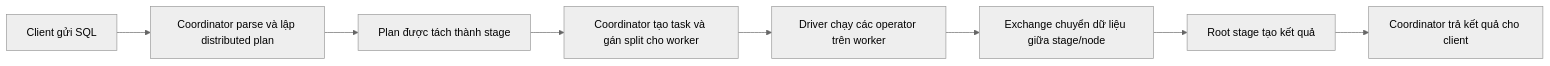
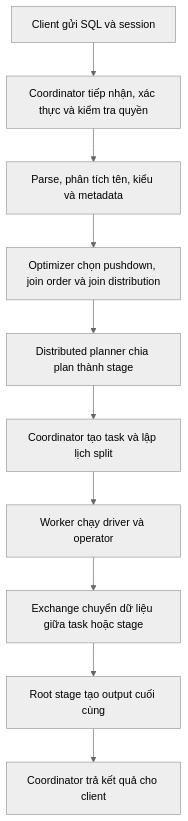
The first of 3 diagrams in QUERY_EXECUTION.md (doan-hai-ptit/trino-lakehouse-lab), drawn with Mermaid (neutral theme) before and after one commit. The commit also changed other lines of this file and 1 other file, not shown here.

````diff
--- a/QUERY_EXECUTION.md
+++ b/QUERY_EXECUTION.md
@@ -9,10 +24,12 @@
 ```mermaid
-flowchart LR
-    A["Client gửi SQL"] --> B["Coordinator parse và lập distributed plan"]
-    B --> C["Plan được tách thành stage"]
-    C --> D["Coordinator tạo task và gán split cho worker"]
-    D --> E["Driver chạy các operator trên worker"]
-    E --> F["Exchange chuyển dữ liệu giữa stage/node"]
-    F --> G["Root stage tạo kết quả"]
-    G --> H["Coordinator trả kết quả cho client"]
+flowchart TD
+    A["Client gửi SQL và session"] --> B["Coordinator tiếp nhận, xác thực và kiểm tra quyền"]
+    B --> C["Parse, phân tích tên, kiểu và metadata"]
+    C --> D["Optimizer chọn pushdown, join order và join distribution"]
+    D --> E["Distributed planner chia plan thành stage"]
+    E --> F["Coordinator tạo task và lập lịch split"]
+    F --> G["Worker chạy driver và operator"]
+    G --> H["Exchange chuyển dữ liệu giữa task hoặc stage"]
+    H --> I["Root stage tạo output cuối cùng"]
+    I --> J["Coordinator trả kết quả cho client"]
 ```
````
